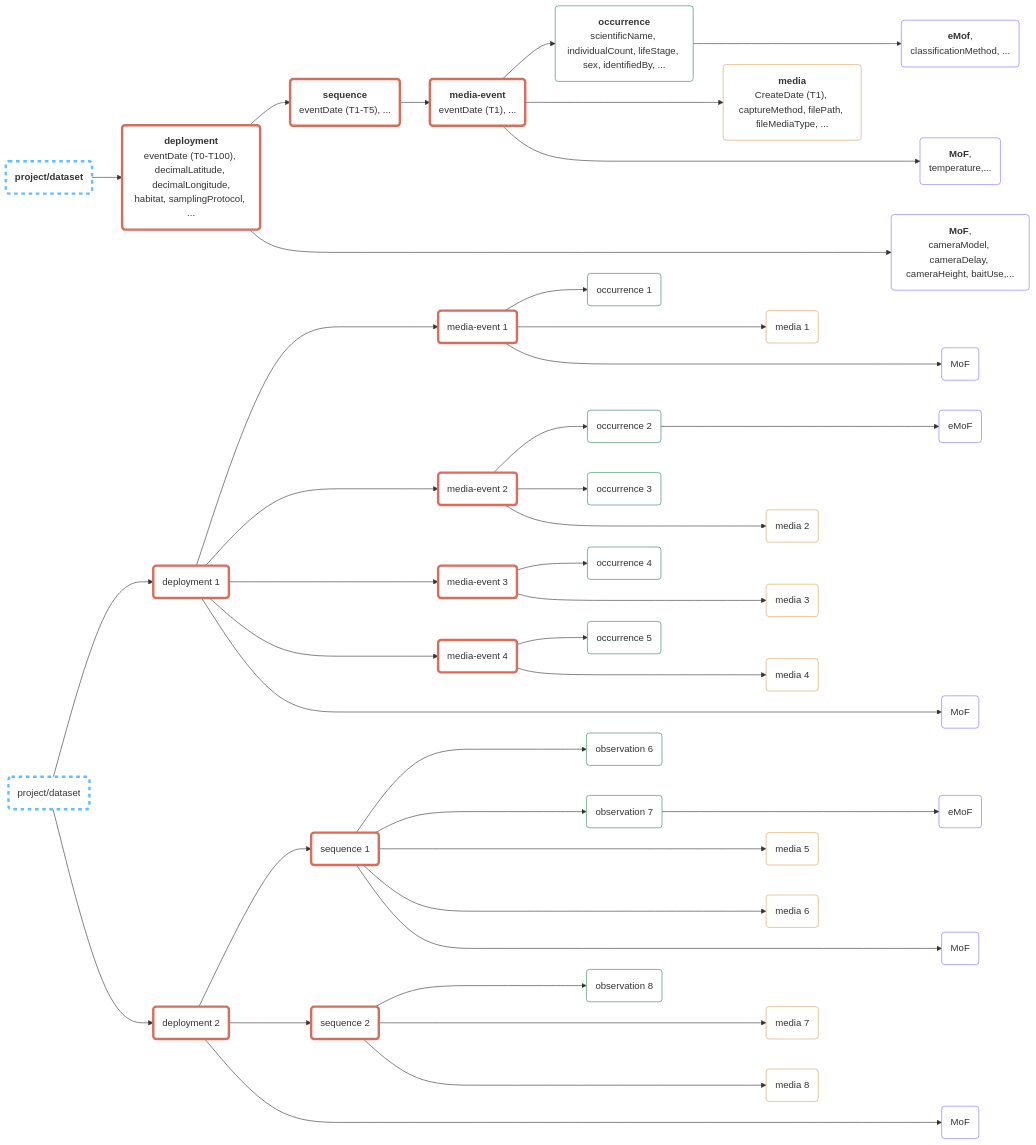
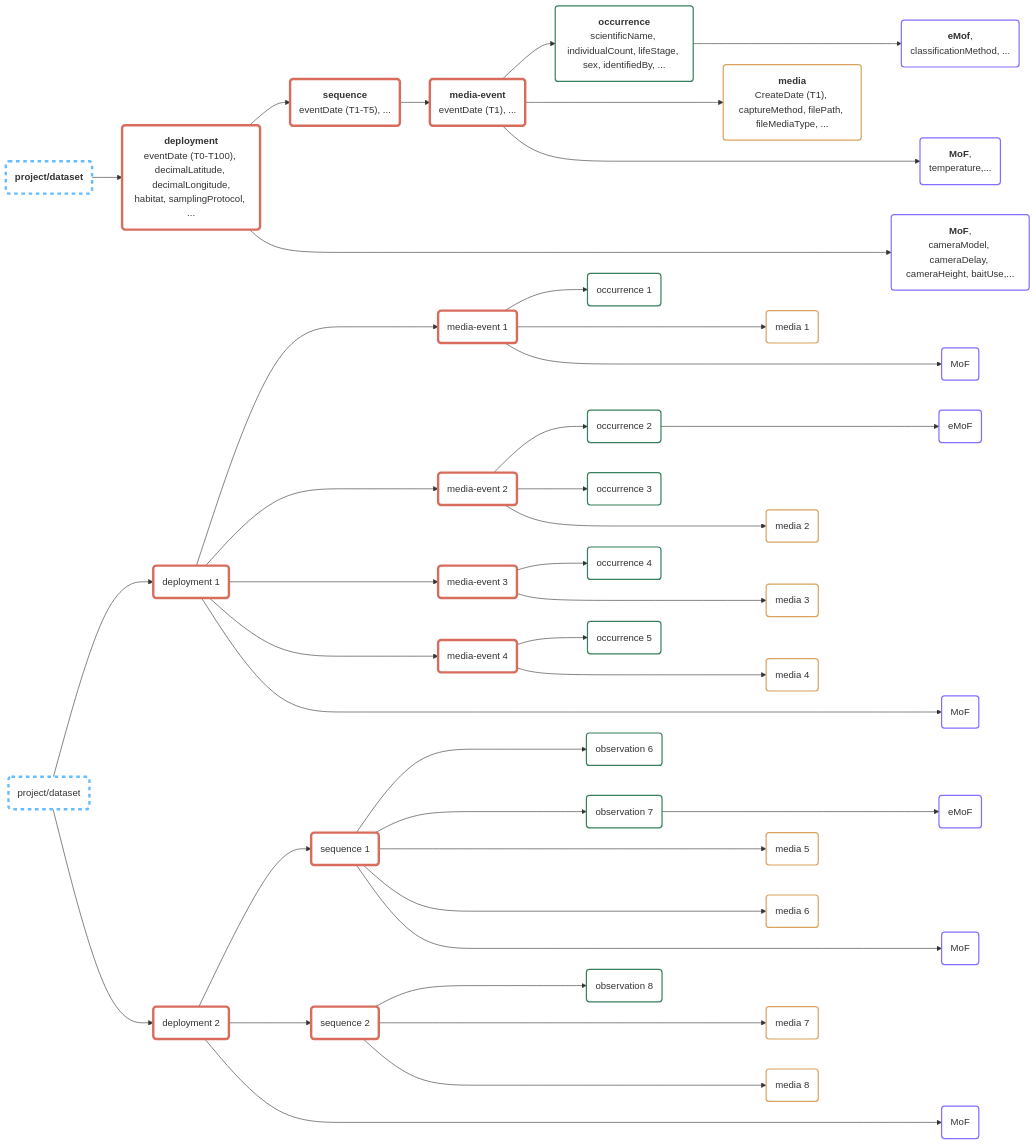
One commit to inbo/dwc-event-workshop changed the diagram in data/dwc_event/README.md. Above: the diagram before and after it, drawn with Mermaid. The commit also changed 1 other file, not shown here.

Commit message:
Use thicker border and indicate eventID for sequences

```diff
--- a/data/dwc_event/README.md
+++ b/data/dwc_event/README.md
@@ -4,9 +4,9 @@
     classDef dep_event fill:#fff,stroke:#D86C5D,stroke-width:4px;
     classDef seq_event fill:#fff,stroke:#D86C5D,stroke-width:4px;
     classDef media_event fill:#fff,stroke:#D86C5D,stroke-width:4px;
-    classDef occ_ext fill:#fff,stroke:#37805B,stroke-width:1px;
-    classDef media_ext fill:#fff,stroke:#DAA25E,stroke-width:1px;
-    classDef emof_ext fill:#fff,stroke:#896CFF,stroke-width:1px;
+    classDef occ_ext fill:#fff,stroke:#37805B,stroke-width:2px;
+    classDef media_ext fill:#fff,stroke:#DAA25E,stroke-width:2px;
+    classDef emof_ext fill:#fff,stroke:#896CFF,stroke-width:2px;
 
     prj0("`**project/dataset**`"):::prj_event
     dep0("`**deployment**
```
